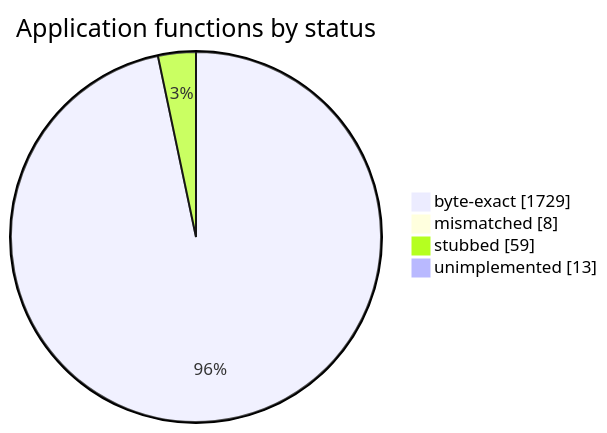
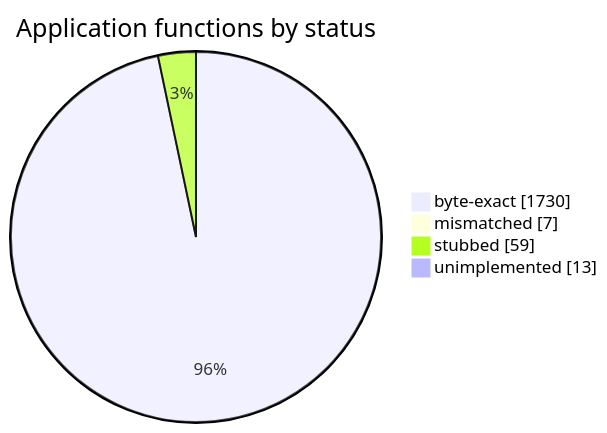
One commit to sorokya/eos changed the diagram in README.md. Above: the diagram before and after it, drawn with Mermaid. The commit also changed other lines of this file and 1 other file, not shown here.

````diff
--- a/README.md
+++ b/README.md
@@ -154,8 +154,8 @@
 ```mermaid
 pie showData
     title Application functions by status
-    "byte-exact" : 1729
-    "mismatched" : 8
+    "byte-exact" : 1730
+    "mismatched" : 7
     "stubbed" : 59
     "unimplemented" : 13
 ```
````
